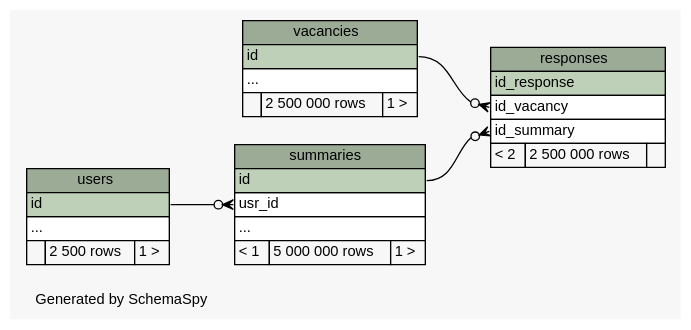
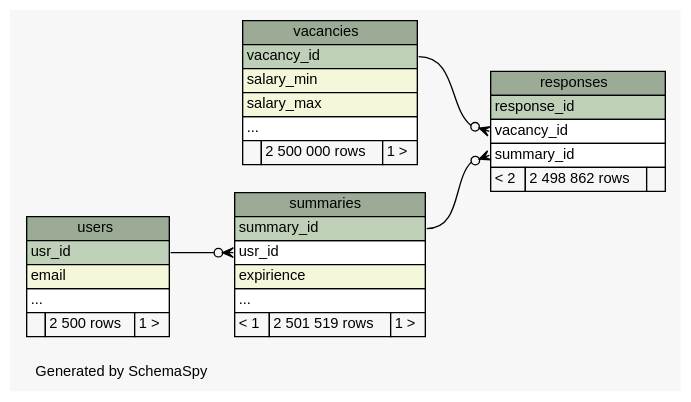
The diagram in schemaspy/diagrams/summary/relationships.real.compact.dot (colorbash/hh-database-homework), drawn with Graphviz before and after one commit. The commit also changed 56 other files, not shown here.

```diff
--- a/schemaspy/diagrams/summary/relationships.real.compact.dot
+++ b/schemaspy/diagrams/summary/relationships.real.compact.dot
@@ -1,71 +1,75 @@
 // dot 2.38.0 on Windows 10 10.0
 // SchemaSpy rev 590
 digraph "compactRelationshipsDiagram" {
   graph [
     rankdir="RL"
     bgcolor="#f7f7f7"
     label="\nGenerated by SchemaSpy"
     labeljust="l"
     nodesep="0.18"
     ranksep="0.46"
     fontname="Helvetica"
     fontsize="11"
   ];
   node [
     fontname="Helvetica"
     fontsize="11"
     shape="plaintext"
   ];
   edge [
     arrowsize="0.8"
   ];
   "responses" [
     label=<
     <TABLE BORDER="0" CELLBORDER="1" CELLSPACING="0" BGCOLOR="#ffffff">
       <TR><TD COLSPAN="3" BGCOLOR="#9bab96" ALIGN="CENTER">responses</TD></TR>
-      <TR><TD PORT="id_response" COLSPAN="3" BGCOLOR="#bed1b8" ALIGN="LEFT">id_response</TD></TR>
-      <TR><TD PORT="id_vacancy" COLSPAN="3" ALIGN="LEFT">id_vacancy</TD></TR>
-      <TR><TD PORT="id_summary" COLSPAN="3" ALIGN="LEFT">id_summary</TD></TR>
-      <TR><TD ALIGN="LEFT" BGCOLOR="#f7f7f7">&lt; 2</TD><TD ALIGN="RIGHT" BGCOLOR="#f7f7f7">2 500 000 rows</TD><TD ALIGN="RIGHT" BGCOLOR="#f7f7f7">  </TD></TR>
+      <TR><TD PORT="response_id" COLSPAN="3" BGCOLOR="#bed1b8" ALIGN="LEFT">response_id</TD></TR>
+      <TR><TD PORT="vacancy_id" COLSPAN="3" ALIGN="LEFT">vacancy_id</TD></TR>
+      <TR><TD PORT="summary_id" COLSPAN="3" ALIGN="LEFT">summary_id</TD></TR>
+      <TR><TD ALIGN="LEFT" BGCOLOR="#f7f7f7">&lt; 2</TD><TD ALIGN="RIGHT" BGCOLOR="#f7f7f7">2 498 862 rows</TD><TD ALIGN="RIGHT" BGCOLOR="#f7f7f7">  </TD></TR>
     </TABLE>>
     URL="tables/responses.html"
     tooltip="responses"
   ];
   "summaries" [
     label=<
     <TABLE BORDER="0" CELLBORDER="1" CELLSPACING="0" BGCOLOR="#ffffff">
       <TR><TD COLSPAN="3" BGCOLOR="#9bab96" ALIGN="CENTER">summaries</TD></TR>
-      <TR><TD PORT="id" COLSPAN="3" BGCOLOR="#bed1b8" ALIGN="LEFT">id</TD></TR>
+      <TR><TD PORT="summary_id" COLSPAN="3" BGCOLOR="#bed1b8" ALIGN="LEFT">summary_id</TD></TR>
       <TR><TD PORT="usr_id" COLSPAN="3" ALIGN="LEFT">usr_id</TD></TR>
+      <TR><TD PORT="expirience" COLSPAN="3" BGCOLOR="#f4f7da" ALIGN="LEFT">expirience</TD></TR>
       <TR><TD PORT="elipses" COLSPAN="3" ALIGN="LEFT">...</TD></TR>
-      <TR><TD ALIGN="LEFT" BGCOLOR="#f7f7f7">&lt; 1</TD><TD ALIGN="RIGHT" BGCOLOR="#f7f7f7">5 000 000 rows</TD><TD ALIGN="RIGHT" BGCOLOR="#f7f7f7">1 &gt;</TD></TR>
+      <TR><TD ALIGN="LEFT" BGCOLOR="#f7f7f7">&lt; 1</TD><TD ALIGN="RIGHT" BGCOLOR="#f7f7f7">2 501 519 rows</TD><TD ALIGN="RIGHT" BGCOLOR="#f7f7f7">1 &gt;</TD></TR>
     </TABLE>>
     URL="tables/summaries.html"
     tooltip="summaries"
   ];
   "users" [
     label=<
     <TABLE BORDER="0" CELLBORDER="1" CELLSPACING="0" BGCOLOR="#ffffff">
       <TR><TD COLSPAN="3" BGCOLOR="#9bab96" ALIGN="CENTER">users</TD></TR>
-      <TR><TD PORT="id" COLSPAN="3" BGCOLOR="#bed1b8" ALIGN="LEFT">id</TD></TR>
+      <TR><TD PORT="usr_id" COLSPAN="3" BGCOLOR="#bed1b8" ALIGN="LEFT">usr_id</TD></TR>
+      <TR><TD PORT="email" COLSPAN="3" BGCOLOR="#f4f7da" ALIGN="LEFT">email</TD></TR>
       <TR><TD PORT="elipses" COLSPAN="3" ALIGN="LEFT">...</TD></TR>
       <TR><TD ALIGN="LEFT" BGCOLOR="#f7f7f7">  </TD><TD ALIGN="RIGHT" BGCOLOR="#f7f7f7">2 500 rows</TD><TD ALIGN="RIGHT" BGCOLOR="#f7f7f7">1 &gt;</TD></TR>
     </TABLE>>
     URL="tables/users.html"
     tooltip="users"
   ];
   "vacancies" [
     label=<
     <TABLE BORDER="0" CELLBORDER="1" CELLSPACING="0" BGCOLOR="#ffffff">
       <TR><TD COLSPAN="3" BGCOLOR="#9bab96" ALIGN="CENTER">vacancies</TD></TR>
-      <TR><TD PORT="id" COLSPAN="3" BGCOLOR="#bed1b8" ALIGN="LEFT">id</TD></TR>
+      <TR><TD PORT="vacancy_id" COLSPAN="3" BGCOLOR="#bed1b8" ALIGN="LEFT">vacancy_id</TD></TR>
+      <TR><TD PORT="salary_min" COLSPAN="3" BGCOLOR="#f4f7da" ALIGN="LEFT">salary_min</TD></TR>
+      <TR><TD PORT="salary_max" COLSPAN="3" BGCOLOR="#f4f7da" ALIGN="LEFT">salary_max</TD></TR>
       <TR><TD PORT="elipses" COLSPAN="3" ALIGN="LEFT">...</TD></TR>
       <TR><TD ALIGN="LEFT" BGCOLOR="#f7f7f7">  </TD><TD ALIGN="RIGHT" BGCOLOR="#f7f7f7">2 500 000 rows</TD><TD ALIGN="RIGHT" BGCOLOR="#f7f7f7">1 &gt;</TD></TR>
     </TABLE>>
     URL="tables/vacancies.html"
     tooltip="vacancies"
   ];
-  "responses":"id_summary":w -> "summaries":"id":e [arrowhead=none dir=back arrowtail=crowodot];
-  "responses":"id_vacancy":w -> "vacancies":"id":e [arrowhead=none dir=back arrowtail=crowodot];
-  "summaries":"usr_id":w -> "users":"id":e [arrowhead=none dir=back arrowtail=crowodot];
+  "responses":"summary_id":w -> "summaries":"summary_id":e [arrowhead=none dir=back arrowtail=crowodot];
+  "responses":"vacancy_id":w -> "vacancies":"vacancy_id":e [arrowhead=none dir=back arrowtail=crowodot];
+  "summaries":"usr_id":w -> "users":"usr_id":e [arrowhead=none dir=back arrowtail=crowodot];
 }
```
